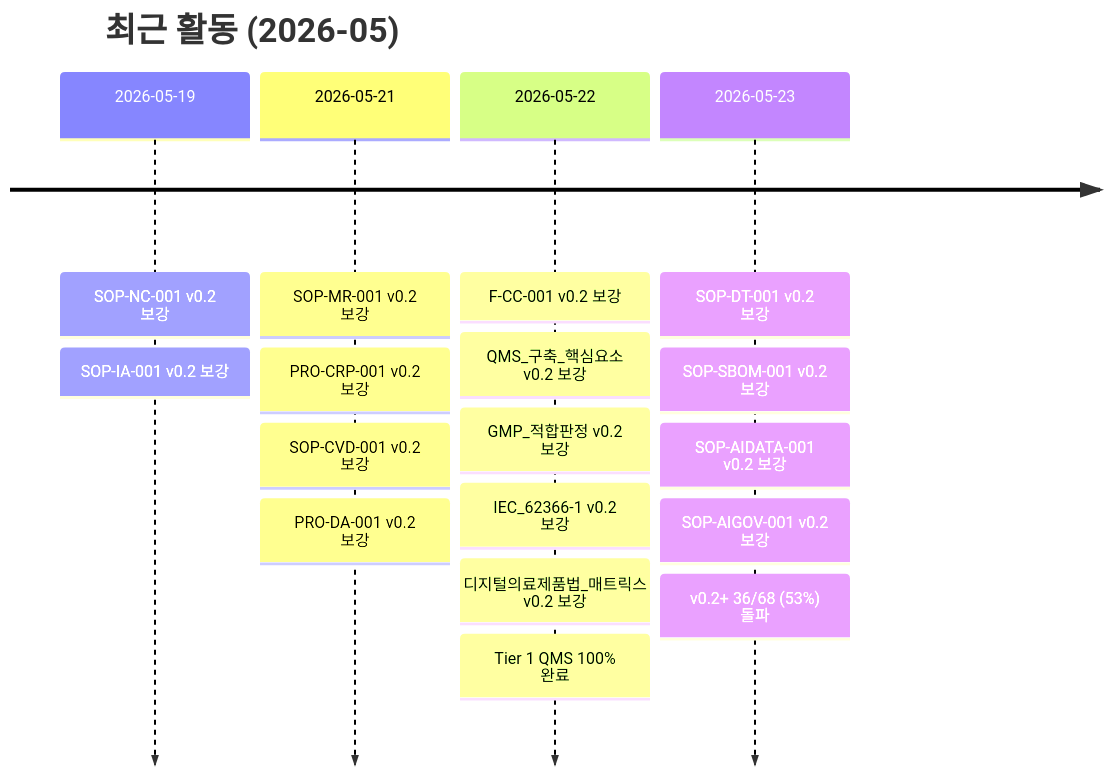
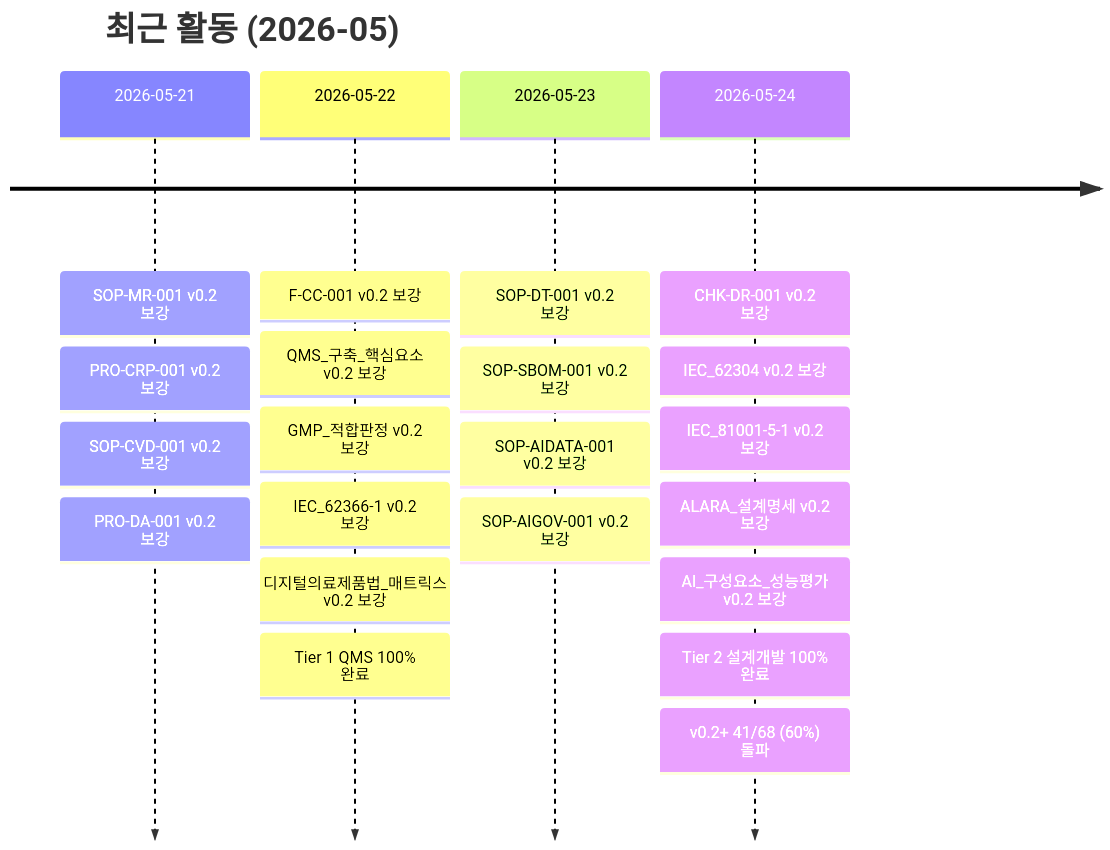
Before and after one commit to holee9/MD-process: the third of 4 diagrams in README.md, drawn with Mermaid. The commit also changed other lines of this file, not shown here.

Commit message:
docs(readme): 진행현황 2026-05-24 — v0.2+ 60% (41/68), Tier 2 완료

````diff
--- a/README.md
+++ b/README.md
@@ -138,21 +138,25 @@
 ```mermaid
 timeline
     title 최근 활동 (2026-05)
-    2026-05-19 : SOP-NC-001 v0.2 보강
-               : SOP-IA-001 v0.2 보강
     2026-05-21 : SOP-MR-001 v0.2 보강
                : PRO-CRP-001 v0.2 보강
                : SOP-CVD-001 v0.2 보강
                : PRO-DA-001 v0.2 보강
     2026-05-22 : F-CC-001 v0.2 보강
                : QMS_구축_핵심요소 v0.2 보강
                : GMP_적합판정 v0.2 보강
                : IEC_62366-1 v0.2 보강
                : 디지털의료제품법_매트릭스 v0.2 보강
                : Tier 1 QMS 100% 완료
     2026-05-23 : SOP-DT-001 v0.2 보강
                : SOP-SBOM-001 v0.2 보강
                : SOP-AIDATA-001 v0.2 보강
                : SOP-AIGOV-001 v0.2 보강
-               : v0.2+ 36/68 (53%) 돌파
+    2026-05-24 : CHK-DR-001 v0.2 보강
+               : IEC_62304 v0.2 보강
+               : IEC_81001-5-1 v0.2 보강
+               : ALARA_설계명세 v0.2 보강
+               : AI_구성요소_성능평가 v0.2 보강
+               : Tier 2 설계개발 100% 완료
+               : v0.2+ 41/68 (60%) 돌파
 ```
````
